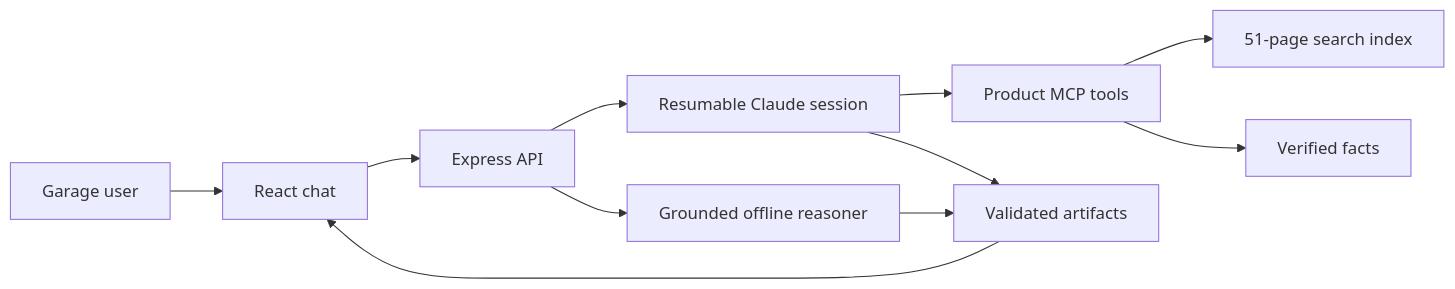
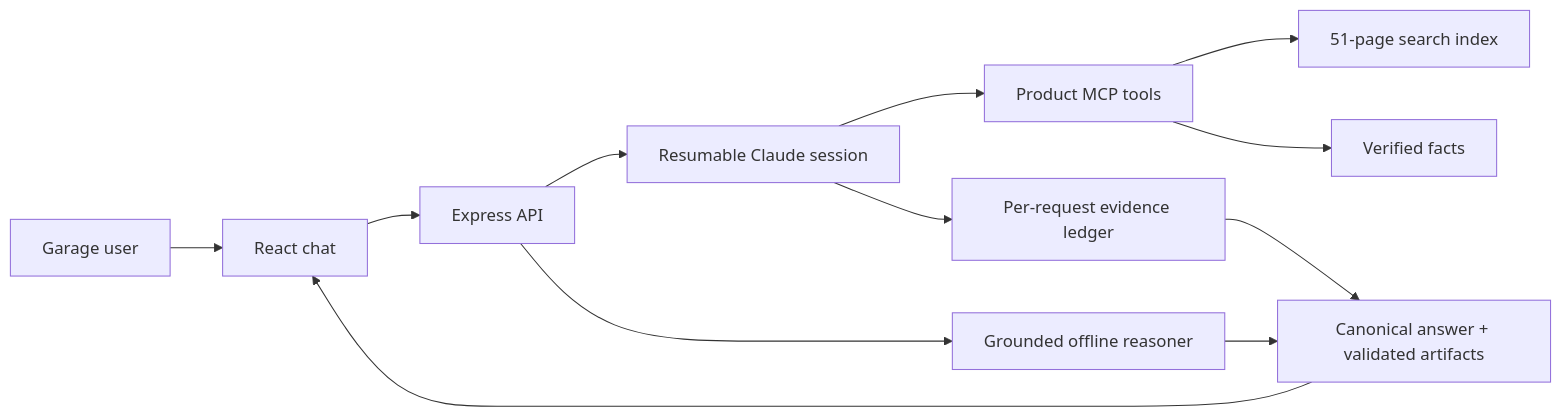
One commit to akshai0296/prox-challenge changed the diagram in README.md. Above: the diagram before and after it, drawn with Mermaid. The commit also changed other lines of this file and 21 other files, not shown here.

````diff
--- a/README.md
+++ b/README.md
@@ -41,13 +48,14 @@
 ```mermaid
 flowchart LR
     U["Garage user"] --> UI["React chat"]
     UI --> API["Express API"]
     API --> S["Resumable Claude session"]
     S --> T["Product MCP tools"]
     T --> K["51-page search index"]
     T --> F["Verified facts"]
-    S --> V["Validated artifacts"]
+    S --> L["Per-request evidence ledger"]
+    L --> V["Canonical answer + validated artifacts"]
     V --> UI
     API --> O["Grounded offline reasoner"]
     O --> V
 ```
````
